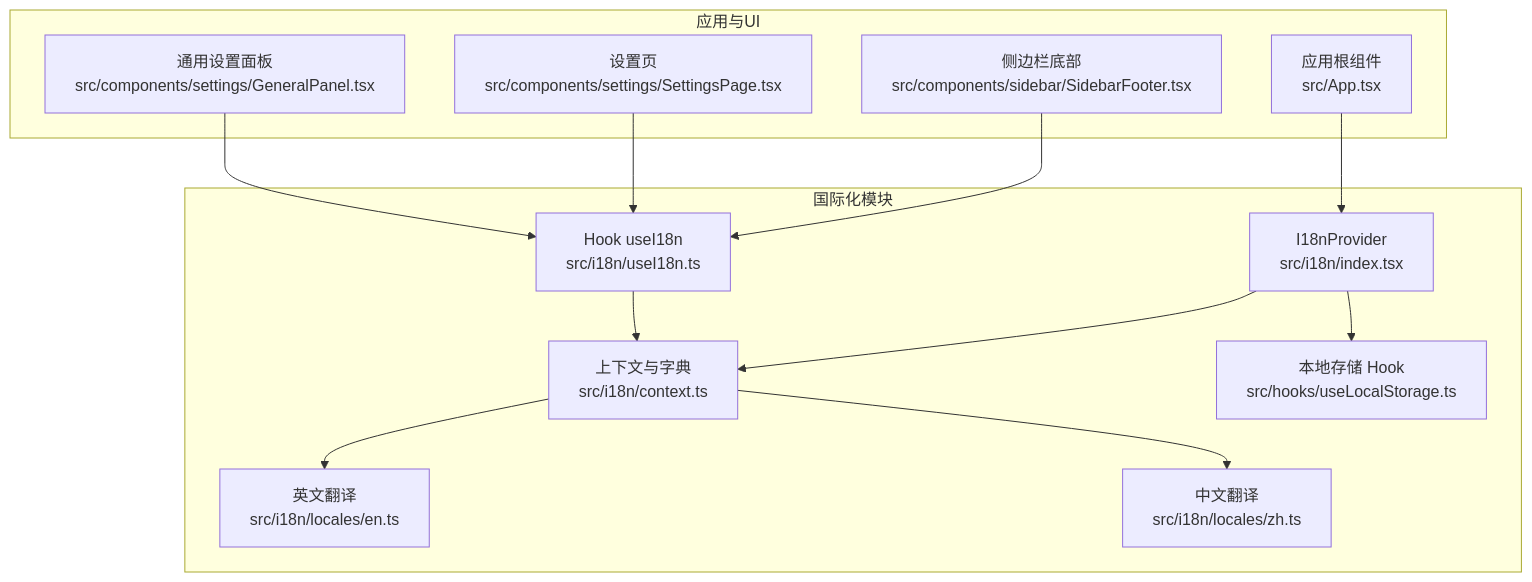
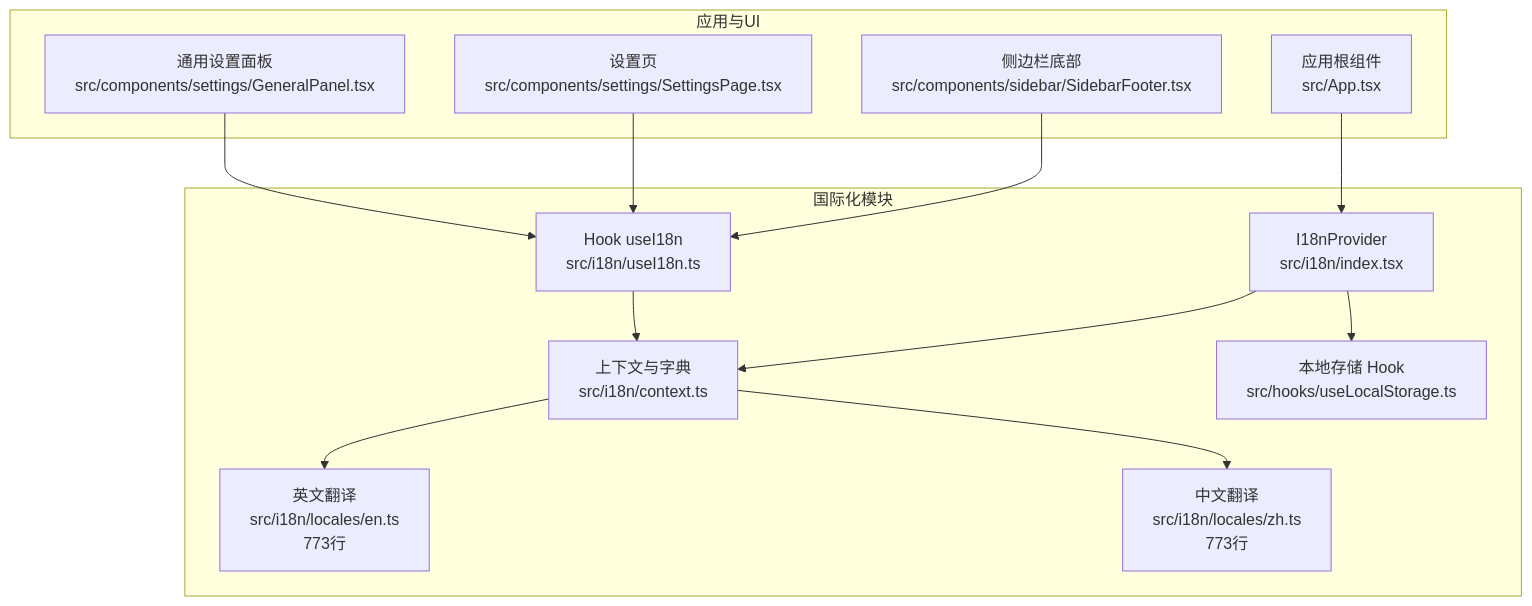
One commit to RabbitAI-Lab/RabbitCoding changed the first of 6 diagrams in .qoder/repowiki/zh/content/国际化支持.md. Above: the diagram before and after it, drawn with Mermaid. The commit also changed other lines of this file and 130 other files, not shown here.

````diff
--- a/.qoder/repowiki/zh/content/国际化支持.md
+++ b/.qoder/repowiki/zh/content/国际化支持.md
@@ -41,26 +50,26 @@
 ```mermaid
 graph TB
 subgraph "国际化模块"
 IDX["I18nProvider<br/>src/i18n/index.tsx"]
 CTX["上下文与字典<br/>src/i18n/context.ts"]
 USE["Hook useI18n<br/>src/i18n/useI18n.ts"]
-LOCALE_EN["英文翻译<br/>src/i18n/locales/en.ts"]
-LOCALE_ZH["中文翻译<br/>src/i18n/locales/zh.ts"]
+LOCALE_EN["英文翻译<br/>src/i18n/locales/en.ts<br/>773行"]
+LOCALE_ZH["中文翻译<br/>src/i18n/locales/zh.ts<br/>773行"]
 LS["本地存储 Hook<br/>src/hooks/useLocalStorage.ts"]
 end
 subgraph "应用与UI"
 APP["应用根组件<br/>src/App.tsx"]
 SIDEBAR["侧边栏底部<br/>src/components/sidebar/SidebarFooter.tsx"]
 SETTINGSPAGE["设置页<br/>src/components/settings/SettingsPage.tsx"]
 GENERAL["通用设置面板<br/>src/components/settings/GeneralPanel.tsx"]
 end
 APP --> IDX
 IDX --> CTX
 IDX --> LS
 CTX --> LOCALE_EN
 CTX --> LOCALE_ZH
 SIDEBAR --> USE
 SETTINGSPAGE --> USE
 GENERAL --> USE
 USE --> CTX
 ```
````
